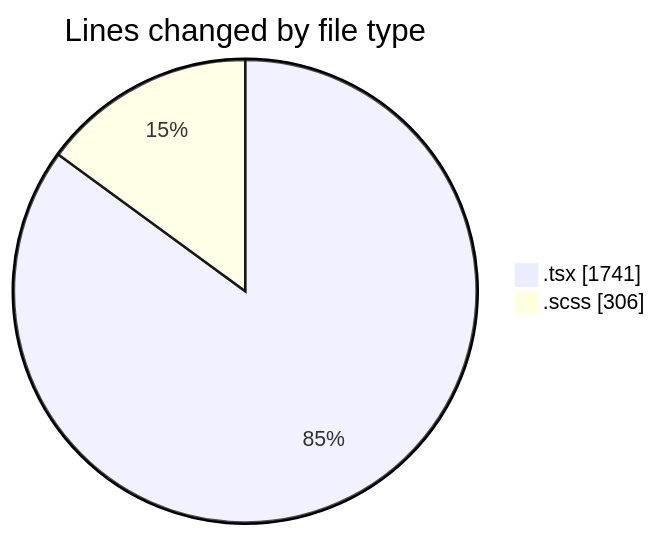
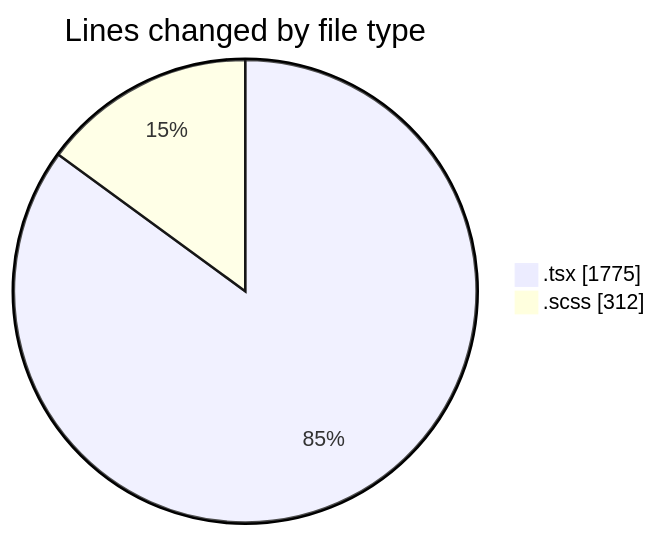
One commit to momahboobian/code-tracking changed the first of 2 diagrams in 2025-09-30/cda/README.md. Above: the diagram before and after it, drawn with Mermaid. The commit also changed other lines of this file and 1 other file, not shown here.

````diff
--- a/2025-09-30/cda/README.md
+++ b/2025-09-30/cda/README.md
@@ -23,6 +23,6 @@
 ```mermaid
 pie showData
 title Lines changed by file type
-".tsx" : 1741
-".scss" : 306
+".tsx" : 1775
+".scss" : 312
 ```
````
